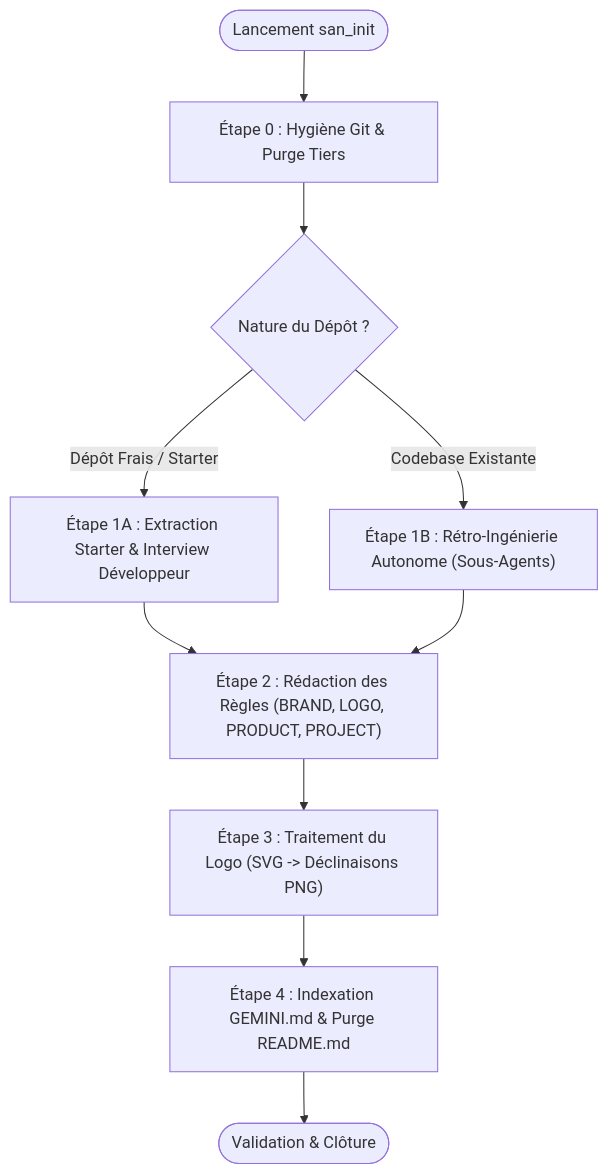
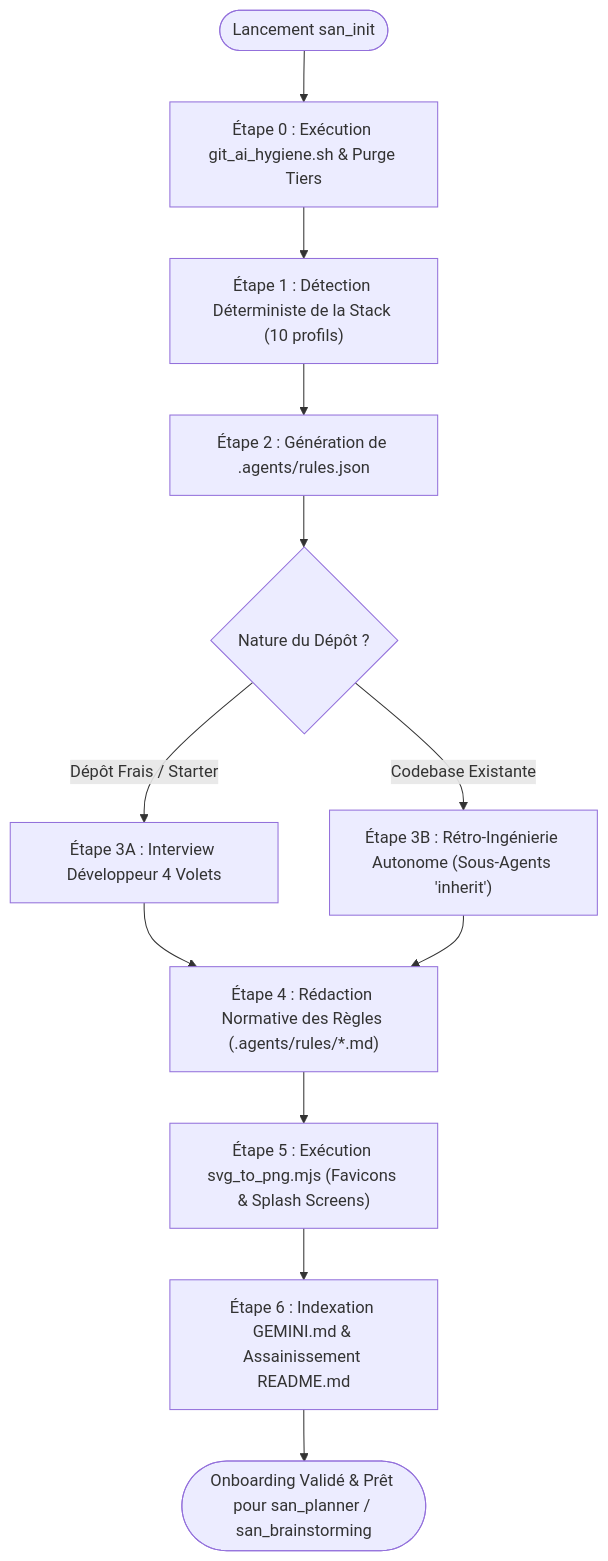
Before and after one commit to alexsan-dev/san_agy_framework: the first of 2 diagrams in skills/san_init.md, drawn with Mermaid. The commit also changed other lines of this file and 41 other files, not shown here.

Commit message:
feat(phase3): packaging and automated testing of onboarding & scoping core (san_init, san_brainstorming, san_planner)

````diff
--- a/skills/san_init.md
+++ b/skills/san_init.md
@@ -132,15 +689,17 @@
 ```mermaid
 flowchart TD
-    Start(["Lancement san_init"]) --> Step0["Étape 0 : Hygiène Git & Purge Tiers"]
-    Step0 --> CheckType{"Nature du Dépôt ?"}
+    Start(["Lancement san_init"]) --> Step0["Étape 0 : Exécution git_ai_hygiene.sh & Purge Tiers"]
+    Step0 --> DetectStack["Étape 1 : Détection Déterministe de la Stack (10 profils)"]
+    DetectStack --> GenRulesJson["Étape 2 : Génération de .agents/rules.json"]
     
-    CheckType -->|"Dépôt Frais / Starter"| Case1["Étape 1A : Extraction Starter & Interview Développeur"]
-    CheckType -->|"Codebase Existante"| Case2["Étape 1B : Rétro-Ingénierie Autonome (Sous-Agents)"]
+    GenRulesJson --> CheckType{"Nature du Dépôt ?"}
+    CheckType -->|"Dépôt Frais / Starter"| Case1["Étape 3A : Interview Développeur 4 Volets"]
+    CheckType -->|"Codebase Existante"| Case2["Étape 3B : Rétro-Ingénierie Autonome (Sous-Agents 'inherit')"]
     
-    Case1 --> Step2["Étape 2 : Rédaction des Règles (BRAND, LOGO, PRODUCT, PROJECT)"]
-    Case2 --> Step2
+    Case1 --> Step4["Étape 4 : Rédaction Normative des Règles (.agents/rules/*.md)"]
+    Case2 --> Step4
     
-    Step2 --> Step3["Étape 3 : Traitement du Logo (SVG -> Déclinaisons PNG)"]
-    Step3 --> Step4["Étape 4 : Indexation GEMINI.md & Purge README.md"]
-    Step4 --> EndVal(["Validation & Clôture"])
+    Step4 --> Step5["Étape 5 : Exécution svg_to_png.mjs (Favicons & Splash Screens)"]
+    Step5 --> Step6["Étape 6 : Indexation GEMINI.md & Assainissement README.md"]
+    Step6 --> EndVal(["Onboarding Validé & Prêt pour san_planner / san_brainstorming"])
 ```
````
